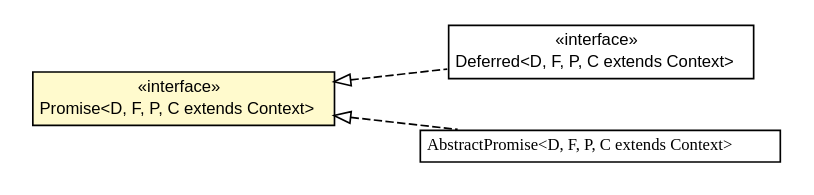
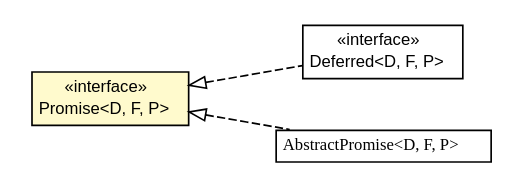
The diagram in javadoc/apidocs/org/turbogwt/core/future/shared/Promise.dot (growbit/turbogwt-core), drawn with Graphviz before and after one commit. The commit also changed 163 other files, not shown here.

```diff
--- a/javadoc/apidocs/org/turbogwt/core/future/shared/Promise.dot
+++ b/javadoc/apidocs/org/turbogwt/core/future/shared/Promise.dot
@@ -1,37 +1,37 @@
 #!/usr/local/bin/dot
 #
 # Class diagram 
 # Generated by UMLGraph version R5_6-24-gf6e263 (http://www.umlgraph.org/)
 #
 
 digraph G {
 	edge [fontname="arial",fontsize=10,labelfontname="arial",labelfontsize=10];
 	node [fontname="arial",fontsize=10,shape=plaintext];
 	nodesep=0.25;
 	ranksep=0.5;
 	rankdir=LR;
-	// org.turbogwt.core.future.shared.Promise<D, F, P, C extends org.turbogwt.core.future.shared.Context>
-	c1260 [label=<<table title="org.turbogwt.core.future.shared.Promise" border="0" cellborder="1" cellspacing="0" cellpadding="2" port="p" bgcolor="lemonChiffon" href="./Promise.html">
+	// org.turbogwt.core.future.shared.Promise<D, F, P>
+	c1059 [label=<<table title="org.turbogwt.core.future.shared.Promise" border="0" cellborder="1" cellspacing="0" cellpadding="2" port="p" bgcolor="lemonChiffon" href="./Promise.html">
 		<tr><td><table border="0" cellspacing="0" cellpadding="1">
 <tr><td align="center" balign="center"> &#171;interface&#187; </td></tr>
-<tr><td align="center" balign="center"> Promise&lt;D, F, P, C extends Context&gt; </td></tr>
+<tr><td align="center" balign="center"> Promise&lt;D, F, P&gt; </td></tr>
 		</table></td></tr>
 		</table>>, URL="./Promise.html", fontname="arial", fontcolor="black", fontsize=10.0];
-	// org.turbogwt.core.future.shared.Deferred<D, F, P, C extends org.turbogwt.core.future.shared.Context>
-	c1265 [label=<<table title="org.turbogwt.core.future.shared.Deferred" border="0" cellborder="1" cellspacing="0" cellpadding="2" port="p" href="./Deferred.html">
+	// org.turbogwt.core.future.shared.Deferred<D, F, P>
+	c1064 [label=<<table title="org.turbogwt.core.future.shared.Deferred" border="0" cellborder="1" cellspacing="0" cellpadding="2" port="p" href="./Deferred.html">
 		<tr><td><table border="0" cellspacing="0" cellpadding="1">
 <tr><td align="center" balign="center"> &#171;interface&#187; </td></tr>
-<tr><td align="center" balign="center"> Deferred&lt;D, F, P, C extends Context&gt; </td></tr>
+<tr><td align="center" balign="center"> Deferred&lt;D, F, P&gt; </td></tr>
 		</table></td></tr>
 		</table>>, URL="./Deferred.html", fontname="arial", fontcolor="black", fontsize=10.0];
-	// org.turbogwt.core.future.shared.impl.AbstractPromise<D, F, P, C extends org.turbogwt.core.future.shared.Context>
-	c1270 [label=<<table title="org.turbogwt.core.future.shared.impl.AbstractPromise" border="0" cellborder="1" cellspacing="0" cellpadding="2" port="p" href="./impl/AbstractPromise.html">
+	// org.turbogwt.core.future.shared.impl.AbstractPromise<D, F, P>
+	c1067 [label=<<table title="org.turbogwt.core.future.shared.impl.AbstractPromise" border="0" cellborder="1" cellspacing="0" cellpadding="2" port="p" href="./impl/AbstractPromise.html">
 		<tr><td><table border="0" cellspacing="0" cellpadding="1">
-<tr><td align="center" balign="center"><font face="arial italic"> AbstractPromise&lt;D, F, P, C extends Context&gt; </font></td></tr>
+<tr><td align="center" balign="center"><font face="arial italic"> AbstractPromise&lt;D, F, P&gt; </font></td></tr>
 		</table></td></tr>
 		</table>>, URL="./impl/AbstractPromise.html", fontname="arial", fontcolor="black", fontsize=10.0];
-	//org.turbogwt.core.future.shared.Deferred<D, F, P, C extends org.turbogwt.core.future.shared.Context> implements org.turbogwt.core.future.shared.Promise<D, F, P, C extends org.turbogwt.core.future.shared.Context>
-	c1260:p -> c1265:p [dir=back,arrowtail=empty,style=dashed];
-	//org.turbogwt.core.future.shared.impl.AbstractPromise<D, F, P, C extends org.turbogwt.core.future.shared.Context> implements org.turbogwt.core.future.shared.Promise<D, F, P, C extends org.turbogwt.core.future.shared.Context>
-	c1260:p -> c1270:p [dir=back,arrowtail=empty,style=dashed];
+	//org.turbogwt.core.future.shared.Deferred<D, F, P> implements org.turbogwt.core.future.shared.Promise<D, F, P>
+	c1059:p -> c1064:p [dir=back,arrowtail=empty,style=dashed];
+	//org.turbogwt.core.future.shared.impl.AbstractPromise<D, F, P> implements org.turbogwt.core.future.shared.Promise<D, F, P>
+	c1059:p -> c1067:p [dir=back,arrowtail=empty,style=dashed];
 }
```
